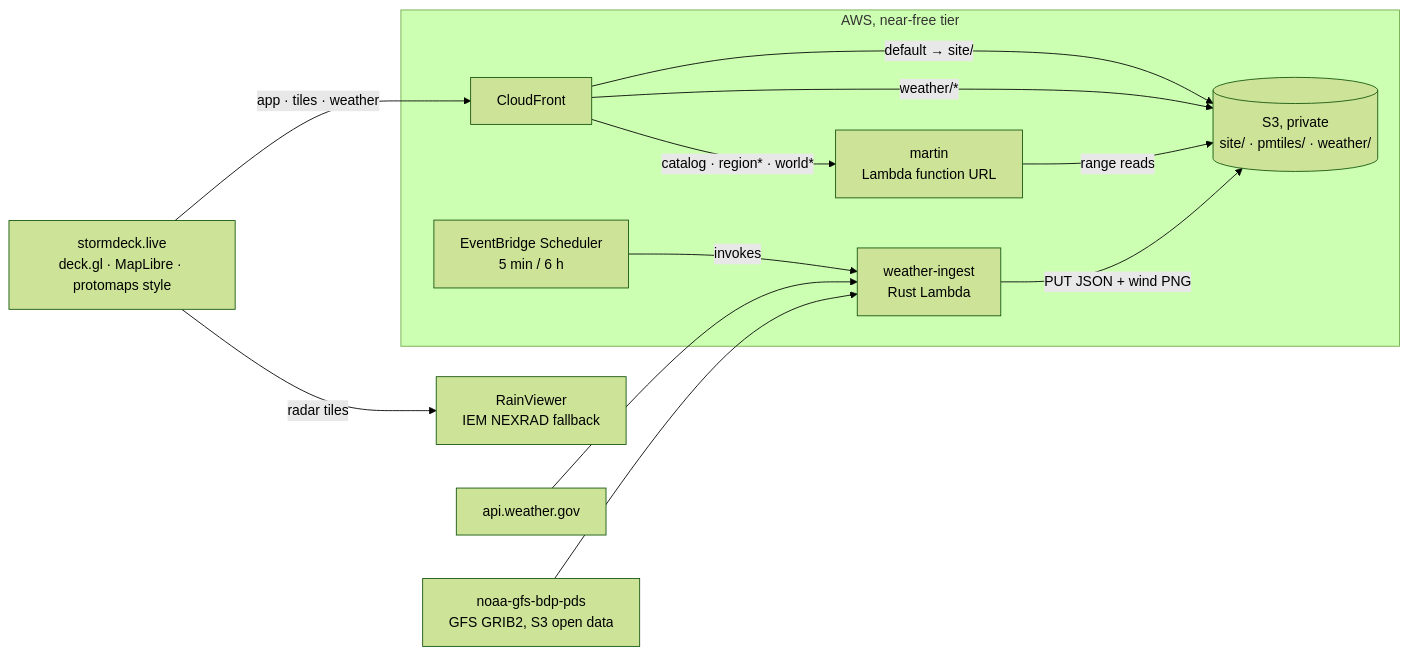
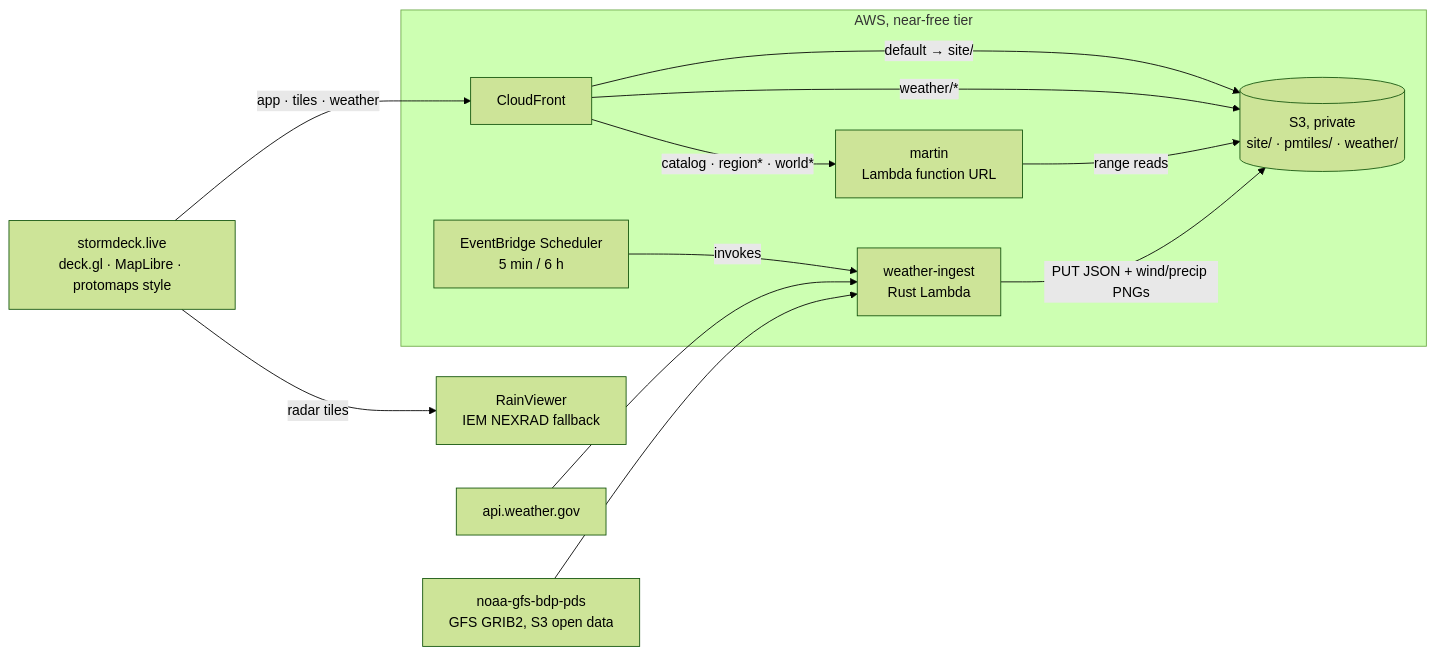
The diagram in README.md (johncarmack1984/stormdeck), drawn with Mermaid (forest theme) before and after one commit. The commit also changed other lines of this file and 16 other files, not shown here.

````diff
--- a/README.md
+++ b/README.md
@@ -13,27 +13,27 @@
 ```mermaid
 flowchart LR
     viewer["stormdeck.live<br/>deck.gl · MapLibre · protomaps style"]
 
     subgraph aws["AWS, near-free tier"]
         cdn["CloudFront"]
         martin["martin<br/>Lambda function URL"]
         bucket[("S3, private<br/>site/ · pmtiles/ · weather/")]
         ingest["weather-ingest<br/>Rust Lambda"]
         sched["EventBridge Scheduler<br/>5 min / 6 h"]
     end
 
     nws["api.weather.gov"]
     gfs["noaa-gfs-bdp-pds<br/>GFS GRIB2, S3 open data"]
     radar["RainViewer<br/>IEM NEXRAD fallback"]
 
     viewer -->|"app · tiles · weather"| cdn
     viewer -->|"radar tiles"| radar
     cdn -->|"default → site/"| bucket
     cdn -->|"catalog · region* · world*"| martin
     cdn -->|"weather/*"| bucket
     martin -->|"range reads"| bucket
     sched -->|"invokes"| ingest
     nws --> ingest
     gfs --> ingest
-    ingest -->|"PUT JSON + wind PNG"| bucket
+    ingest -->|"PUT JSON + wind/precip PNGs"| bucket
 ```
````
